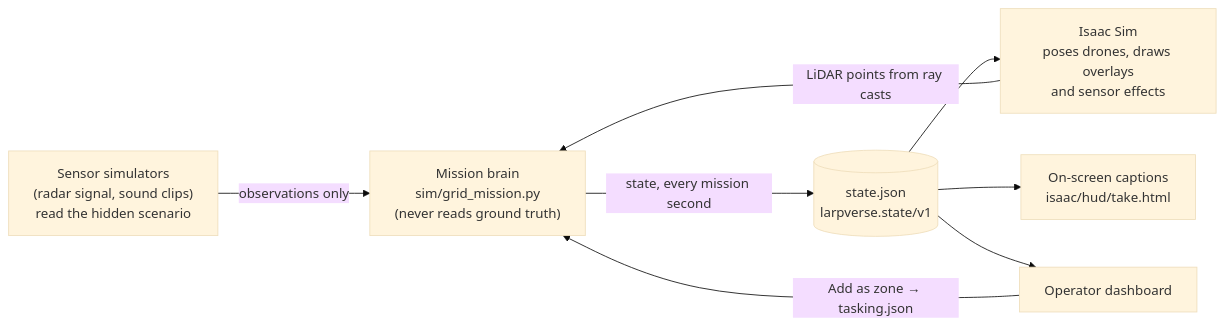
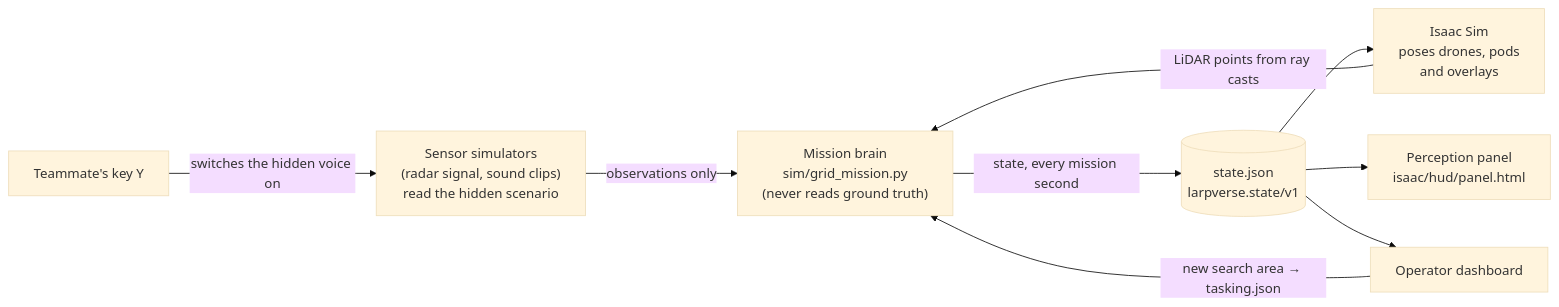
Before and after one commit to rohansharmacode/skysearch: the second of 2 diagrams in larpverse/docs/SIMULATION_EXPLAINED.md, drawn with Mermaid (base theme). The commit also changed other lines of this file, not shown here.

First line of the commit message:
SIMULATION_EXPLAINED: rewritten for the current take (grid seed 7, Y hidden voice near A1, clear pace, panel layout B); hardware, radar reach 2.9 m, vitals wording, real listening pipeline, glossary additions; NCKU-derived stills removed

````diff
--- a/larpverse/docs/SIMULATION_EXPLAINED.md
+++ b/larpverse/docs/SIMULATION_EXPLAINED.md
@@ -226,10 +251,11 @@
 ```mermaid
 flowchart LR
     BRAIN["Mission brain<br/>sim/grid_mission.py<br/>(never reads ground truth)"] -- "state, every mission second" --> STATE[("state.json<br/>larpverse.state/v1")]
-    STATE --> ISAAC["Isaac Sim<br/>poses drones, draws overlays<br/>and sensor effects"]
-    STATE --> HUD["On-screen captions<br/>isaac/hud/take.html"]
+    STATE --> ISAAC["Isaac Sim<br/>poses drones, pods<br/>and overlays"]
+    STATE --> PANEL["Perception panel<br/>isaac/hud/panel.html"]
     STATE --> DASH["Operator dashboard"]
     ISAAC -- "LiDAR points from ray casts" --> BRAIN
-    DASH -- "Add as zone → tasking.json" --> BRAIN
+    DASH -- "new search area → tasking.json" --> BRAIN
+    KEY["Teammate's key Y"] -- "switches the hidden voice on" --> SIMS
     SIMS["Sensor simulators<br/>(radar signal, sound clips)<br/>read the hidden scenario"] -- "observations only" --> BRAIN
 ```
````
